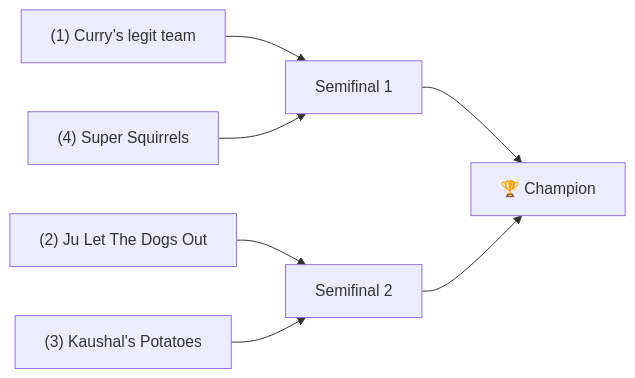
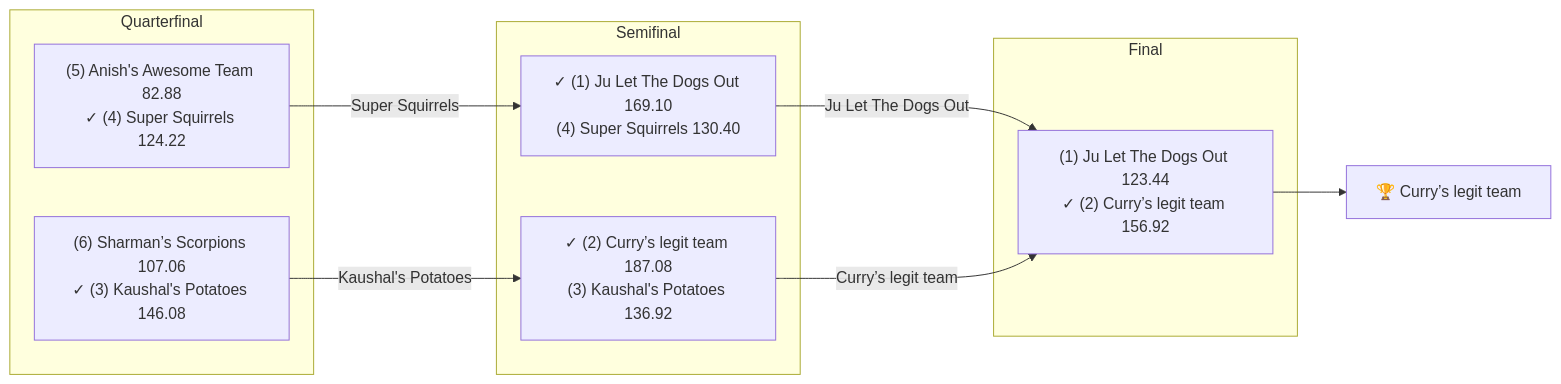
Before and after one commit to narenp12/pine-hills-wiki: the diagram in zensical/docs/seasons/2019-season.md, drawn with Mermaid. The commit also changed other lines of this file and 69 other files, not shown here.

````diff
--- a/zensical/docs/seasons/2019-season.md
+++ b/zensical/docs/seasons/2019-season.md
@@ -35,9 +34,19 @@
 ```mermaid
 flowchart LR
-    S1["(1) Curry’s legit team"] --> W1[Semifinal 1]
-    S4["(4) Super Squirrels"] --> W1
-    S2["(2) Ju Let The Dogs Out"] --> W2[Semifinal 2]
-    S3["(3) Kaushal's Potatoes"] --> W2
-    W1 --> Champ["🏆 Champion"]
-    W2 --> Champ
+    subgraph RQuarterfinal["Quarterfinal"]
+        W14G1["(5) Anish's Awesome Team 82.88<br>✓ (4) Super Squirrels 124.22"]
+        W14G2["(6) Sharman’s Scorpions 107.06<br>✓ (3) Kaushal's Potatoes 146.08"]
+    end
+    subgraph RSemifinal["Semifinal"]
+        W15G1["✓ (1) Ju Let The Dogs Out 169.10<br>(4) Super Squirrels 130.40"]
+        W15G2["✓ (2) Curry’s legit team 187.08<br>(3) Kaushal's Potatoes 136.92"]
+    end
+    subgraph RFinal["Final"]
+        W16G1["(1) Ju Let The Dogs Out 123.44<br>✓ (2) Curry’s legit team 156.92"]
+    end
+    W14G1 -->|"Super Squirrels"| W15G1
+    W14G2 -->|"Kaushal's Potatoes"| W15G2
+    W15G1 -->|"Ju Let The Dogs Out"| W16G1
+    W15G2 -->|"Curry’s legit team"| W16G1
+    W16G1 --> CHAMP["🏆 Curry’s legit team"]
 ```
````
